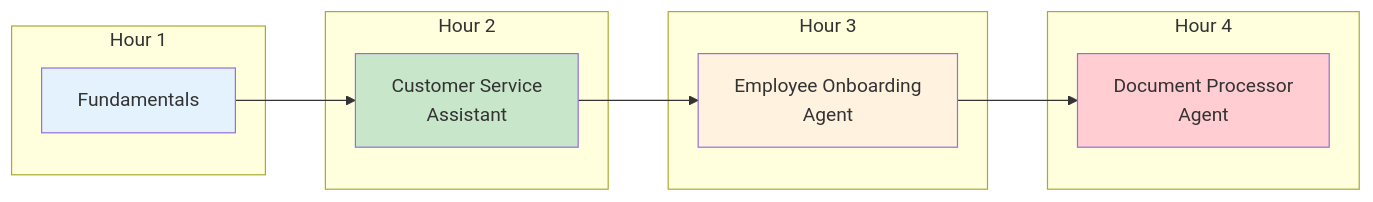
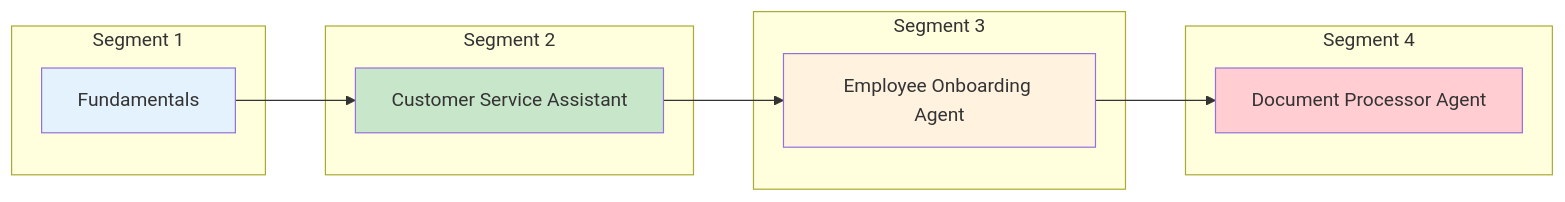
One commit to timothywarner-org/agents-pro changed the diagram in README.md. Above: the diagram before and after it, drawn with Mermaid. The commit also changed other lines of this file and 5 other files, not shown here.

````diff
--- a/README.md
+++ b/README.md
@@ -13,25 +13,25 @@
 ```mermaid
 flowchart LR
-    subgraph "Hour 1"
+    subgraph "Segment 1"
         H1[Fundamentals]
     end
 
-    subgraph "Hour 2"
-        H2[Customer Service<br/>Assistant]
+    subgraph "Segment 2"
+        H2[Customer Service Assistant]
     end
 
-    subgraph "Hour 3"
-        H3[Employee Onboarding<br/>Agent]
+    subgraph "Segment 3"
+        H3[Employee Onboarding Agent]
     end
 
-    subgraph "Hour 4"
-        H4[Document Processor<br/>Agent]
+    subgraph "Segment 4"
+        H4[Document Processor Agent]
     end
 
     H1 --> H2 --> H3 --> H4
 
     style H1 fill:#e3f2fd
     style H2 fill:#c8e6c9
     style H3 fill:#fff3e0
     style H4 fill:#ffcdd2
 ```
````
